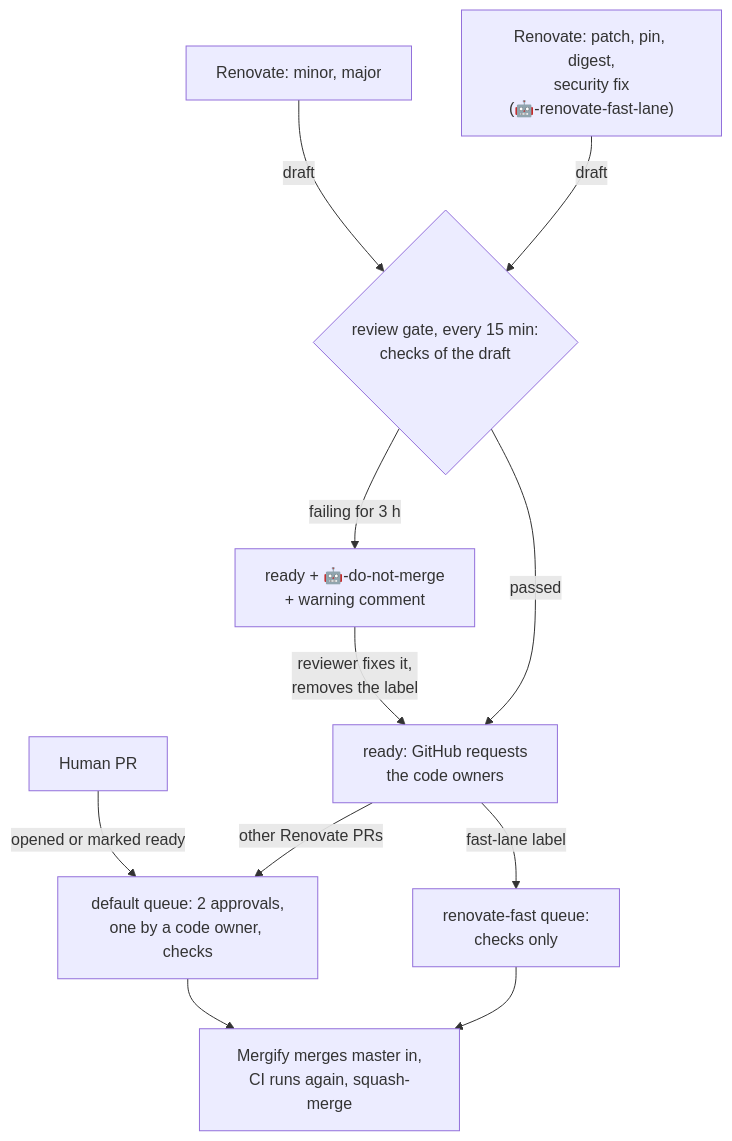
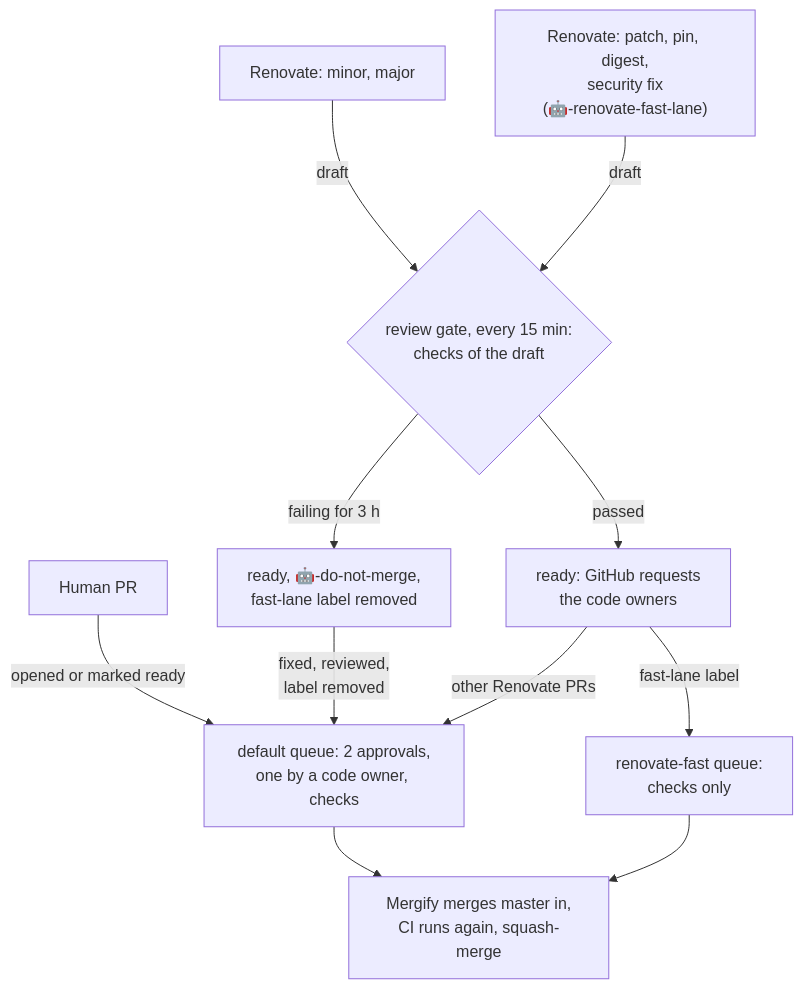
One commit to ITISFoundation/osparc-simcore changed the first of 2 diagrams in docs/renovate.md. Above: the diagram before and after it, drawn with Mermaid. The commit also changed other lines of this file and 2 other files, not shown here.

First line of the commit message:
@wvangeit review: fast lane only for pull requests Renovate wrote alone

````diff
--- a/docs/renovate.md
+++ b/docs/renovate.md
@@ -69,23 +69,23 @@
 ```mermaid
 flowchart TD
     human["Human PR"]
     fast["Renovate: patch, pin, digest,<br/>security fix<br/>(🤖-renovate-fast-lane)"]
     other["Renovate: minor, major"]
     gate{"review gate, every 15 min:<br/>checks of the draft"}
     ready["ready: GitHub requests<br/>the code owners"]
-    held["ready + 🤖-do-not-merge<br/>+ warning comment"]
+    held["ready, 🤖-do-not-merge,<br/>fast-lane label removed"]
     fastq["renovate-fast queue:<br/>checks only"]
     defq["default queue: 2 approvals,<br/>one by a code owner, checks"]
     merge["Mergify merges master in,<br/>CI runs again, squash-merge"]
 
     human -- "opened or marked ready" --> defq
     fast -- "draft" --> gate
     other -- "draft" --> gate
     gate -- "passed" --> ready
     gate -- "failing for 3 h" --> held
-    held -- "reviewer fixes it,<br/>removes the label" --> ready
+    held -- "fixed, reviewed,<br/>label removed" --> defq
     ready -- "fast-lane label" --> fastq
     ready -- "other Renovate PRs" --> defq
     fastq --> merge
     defq --> merge
 ```
````
